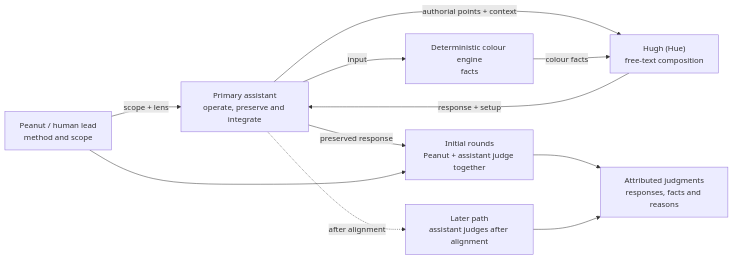
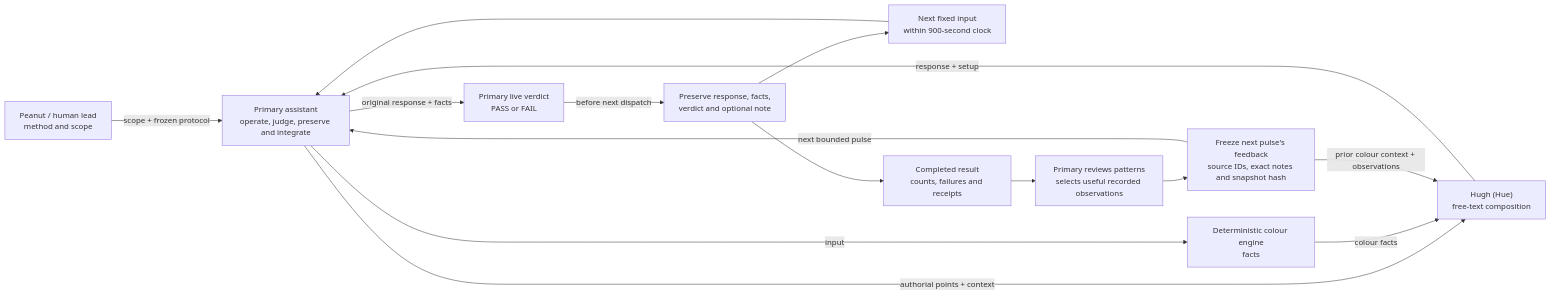
Before and after one commit to tryskian/huemiliator: the diagram in docs/diagrams/BEHAVIOUR_PULSE.md, drawn with Mermaid. The commit also changed other lines of this file and 25 other files, not shown here.

Commit message:
feat: connect behaviour pulses with attributed feedback

````diff
--- a/docs/diagrams/BEHAVIOUR_PULSE.md
+++ b/docs/diagrams/BEHAVIOUR_PULSE.md
@@ -10,21 +11,27 @@
 ```mermaid
 flowchart LR
   H["Peanut / human lead<br/>method and scope"]
-  A["Primary assistant<br/>operate, preserve and integrate"]
+  A["Primary assistant<br/>operate, judge, preserve and integrate"]
   C["Deterministic colour engine<br/>facts"]
   X["Hugh (Hue)<br/>free-text composition"]
-  J["Initial rounds<br/>Peanut + assistant judge together"]
-  I["Later path<br/>assistant judges after alignment"]
-  F["Attributed judgments<br/>responses, facts and reasons"]
+  V["Primary live verdict<br/>PASS or FAIL"]
+  P["Preserve response, facts,<br/>verdict and optional note"]
+  N["Next fixed input<br/>within 900-second clock"]
+  F["Completed result<br/>counts, failures and receipts"]
+  S["Primary reviews patterns<br/>selects useful recorded observations"]
+  B["Freeze next pulse's feedback<br/>source IDs, exact notes and snapshot hash"]
 
-  H -->|"scope + lens"| A
+  H -->|"scope + frozen protocol"| A
   A -->|"input"| C
   A -->|"authorial points + context"| X
   C -->|"colour facts"| X
   X -->|"response + setup"| A
-  A -->|"preserved response"| J
-  H --> J
-  A -.->|"after alignment"| I
-  J --> F
-  I --> F
+  A -->|"original response + facts"| V
+  V -->|"before next dispatch"| P
+  P --> N
+  N --> A
+  P --> F
+  F --> S --> B
+  B -->|"prior colour context + observations"| X
+  B -->|"next bounded pulse"| A
 ```
````
